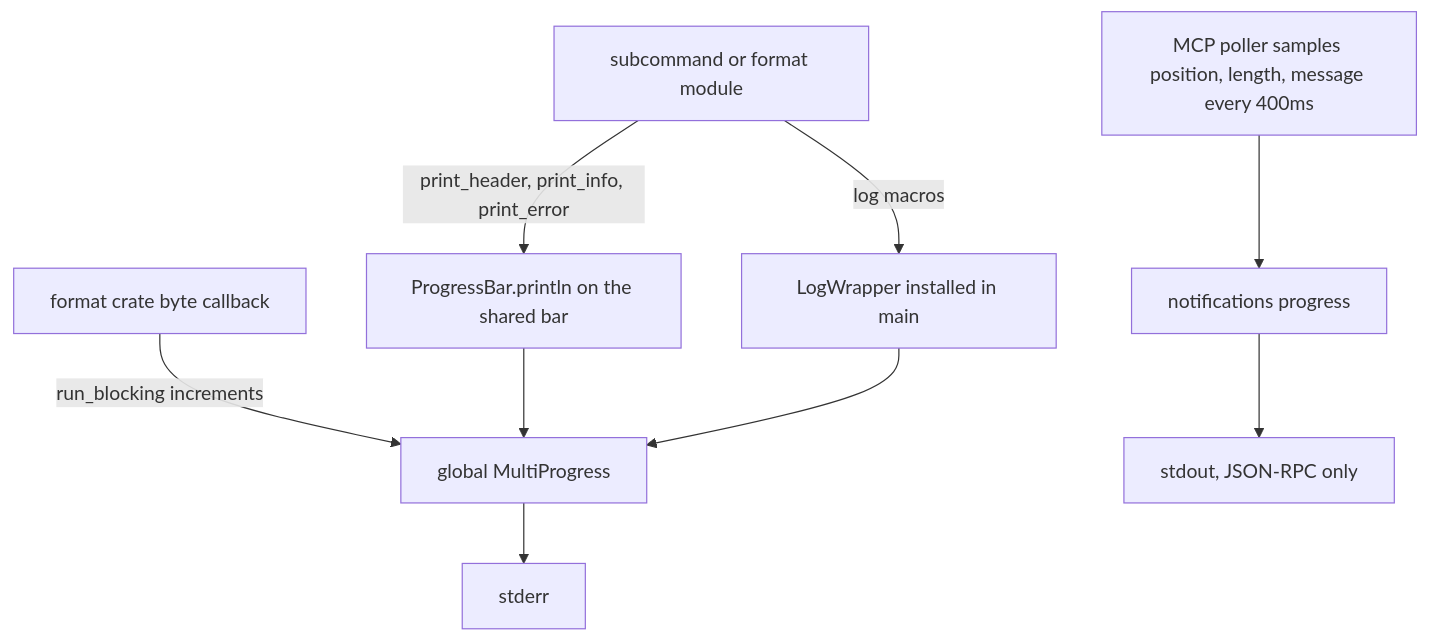
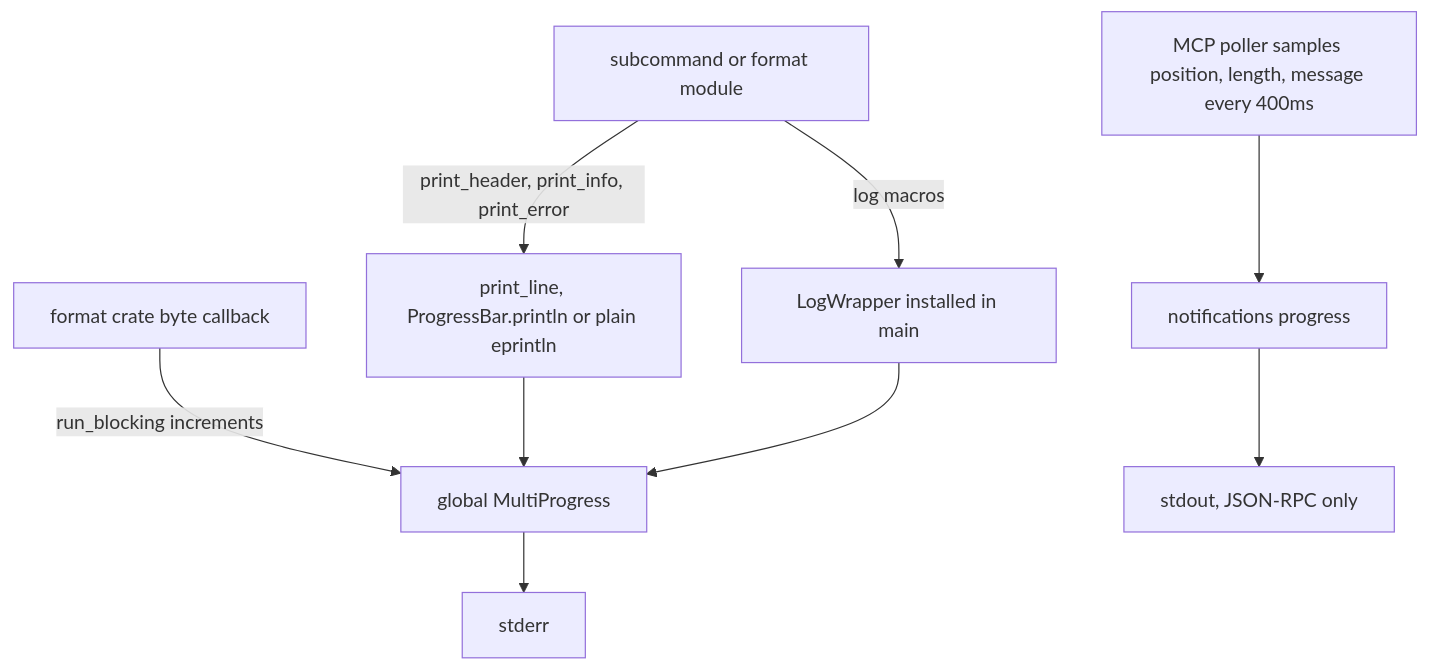
Before and after one commit to alucryd/oxyromon: the second of 4 diagrams in openwiki/concepts/cli-output-progress-and-prompts.md, drawn with Mermaid. The commit also changed other lines of this file and 47 other files, not shown here.

````diff
--- a/openwiki/concepts/cli-output-progress-and-prompts.md
+++ b/openwiki/concepts/cli-output-progress-and-prompts.md
@@ -243,11 +264,11 @@
 ```mermaid
 flowchart TD
-  A["subcommand or format module"] -->|"print_header, print_info, print_error"| B["ProgressBar.println on the shared bar"]
+  A["subcommand or format module"] -->|"print_header, print_info, print_error"| B["print_line, ProgressBar.println or plain eprintln"]
   A -->|"log macros"| C["LogWrapper installed in main"]
   D["format crate byte callback"] -->|"run_blocking increments"| E["global MultiProgress"]
   B --> E
   C --> E
   E --> F["stderr"]
   G["MCP poller samples position, length, message every 400ms"] --> H["notifications progress"]
   H --> I["stdout, JSON-RPC only"]
 ```
````
